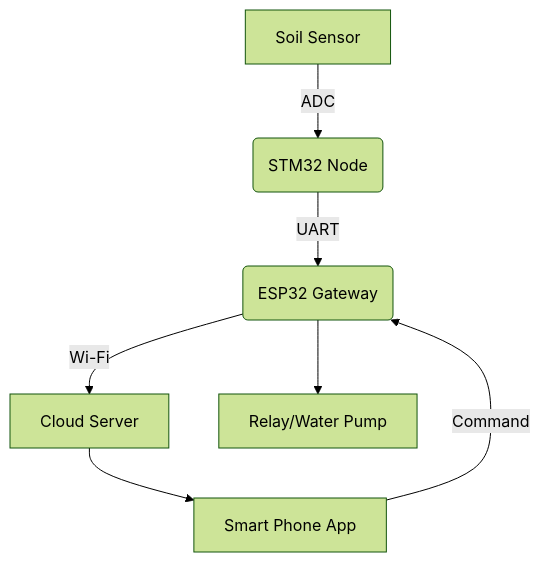
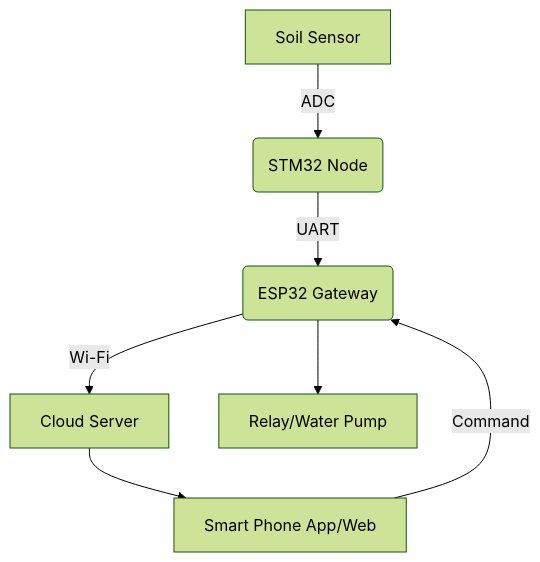
One commit to Hieuto0409/Smart-Agri-Mesh changed the diagram in README.md. Above: the diagram before and after it, drawn with Mermaid (forest theme). The commit also changed other lines of this file, not shown here.

````diff
--- a/README.md
+++ b/README.md
@@ -11,9 +11,9 @@
 ```mermaid
 graph TD
     A["Soil Sensor"] -->|ADC| B("STM32 Node")
     B -->|"UART"| C("ESP32 Gateway")
     C -->|"Wi-Fi"| D["Cloud Server"]
-    D --> E["Smart Phone App"]
+    D --> E["Smart Phone App/Web"]
     E -->|Command| C
     C --> F["Relay/Water Pump"]
 ```
````
